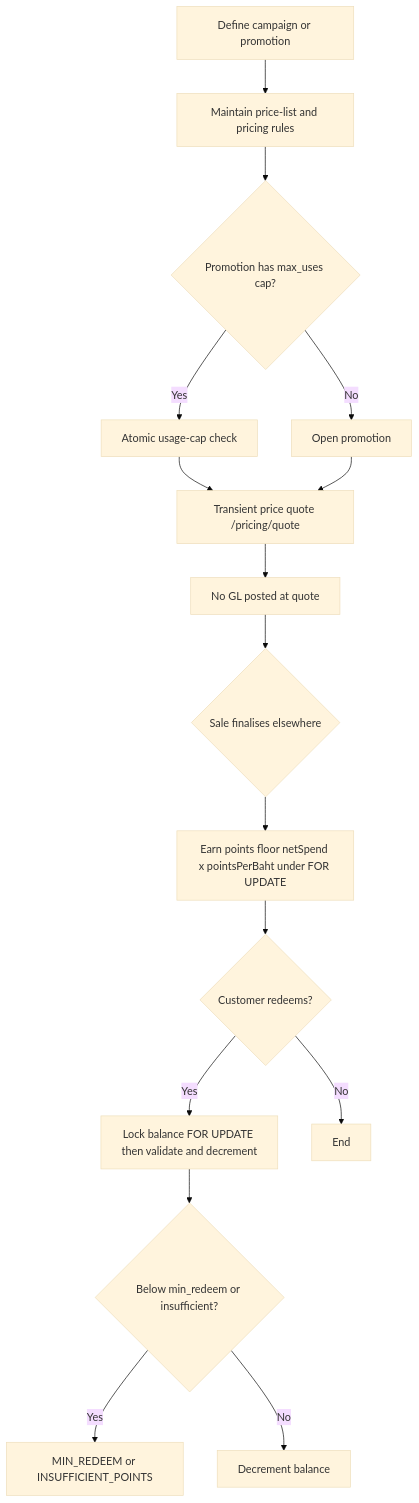
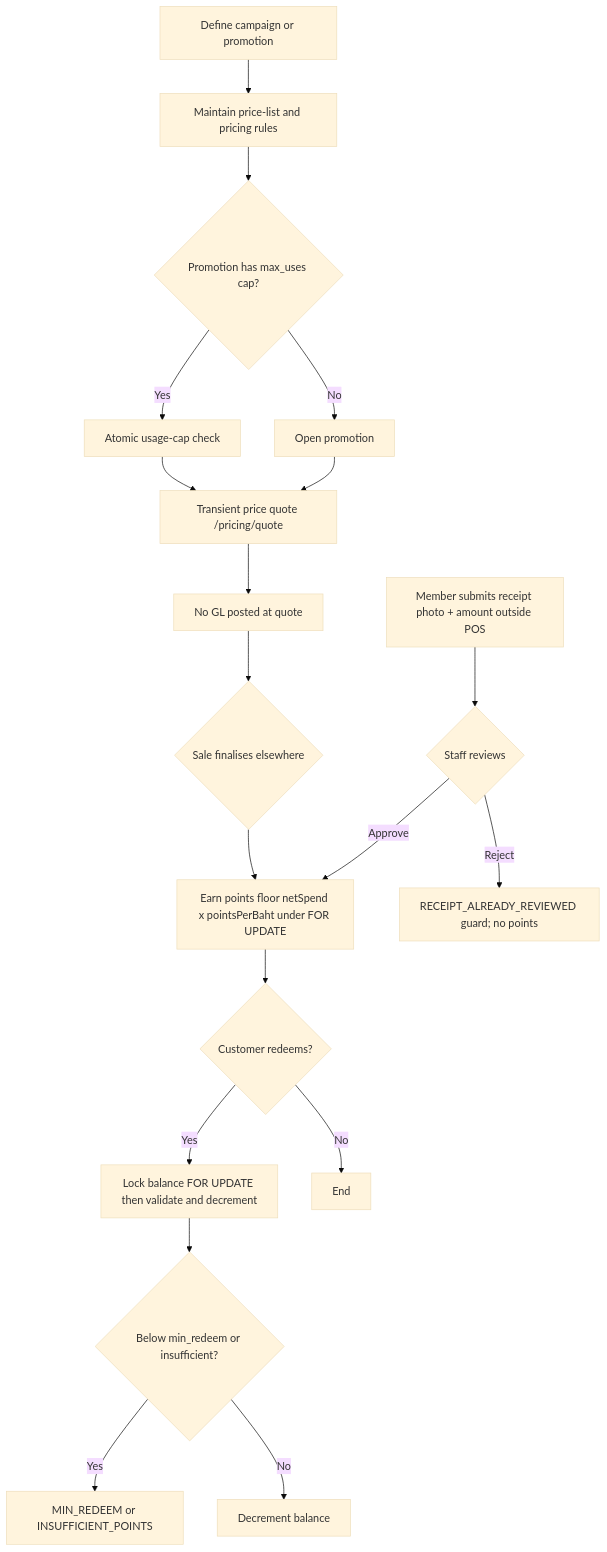
One commit to wayla69/invisibleERP changed the diagram in docs/process-narratives/19-marketing-pricing-loyalty.md. Above: the diagram before and after it, drawn with Mermaid (base theme). The commit also changed other lines of this file and 20 other files, not shown here.

````diff
--- a/docs/process-narratives/19-marketing-pricing-loyalty.md
+++ b/docs/process-narratives/19-marketing-pricing-loyalty.md
@@ -145,18 +147,21 @@
 ```mermaid
 flowchart TD
     A[Define campaign or promotion] --> B[Maintain price-list and pricing rules]
     B --> C{Promotion has max_uses cap?}
     C -->|Yes| D[Atomic usage-cap check]
     C -->|No| E[Open promotion]
     D --> F[Transient price quote /pricing/quote]
     E --> F
     F --> G[No GL posted at quote]
     G --> H{Sale finalises elsewhere}
     H --> I[Earn points floor netSpend x pointsPerBaht under FOR UPDATE]
     I --> J{Customer redeems?}
     J -->|Yes| K[Lock balance FOR UPDATE then validate and decrement]
     K --> L{Below min_redeem or insufficient?}
     L -->|Yes| M[MIN_REDEEM or INSUFFICIENT_POINTS]
     L -->|No| N[Decrement balance]
     J -->|No| O[End]
+    P[Member submits receipt photo + amount outside POS] --> Q{Staff reviews}
+    Q -->|Reject| R[RECEIPT_ALREADY_REVIEWED guard; no points]
+    Q -->|Approve| I
 ```
````
